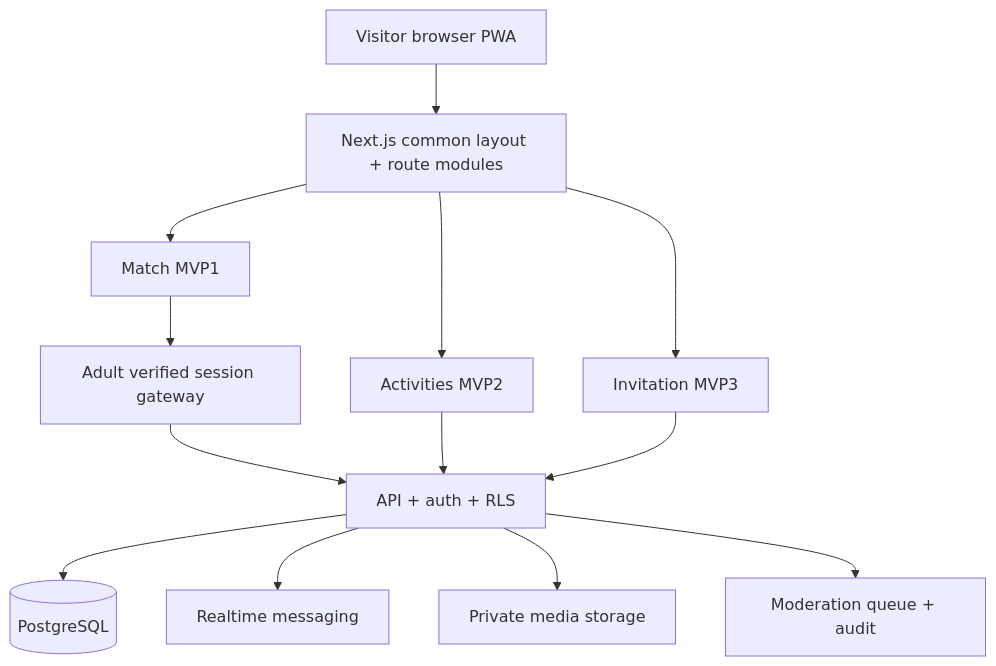
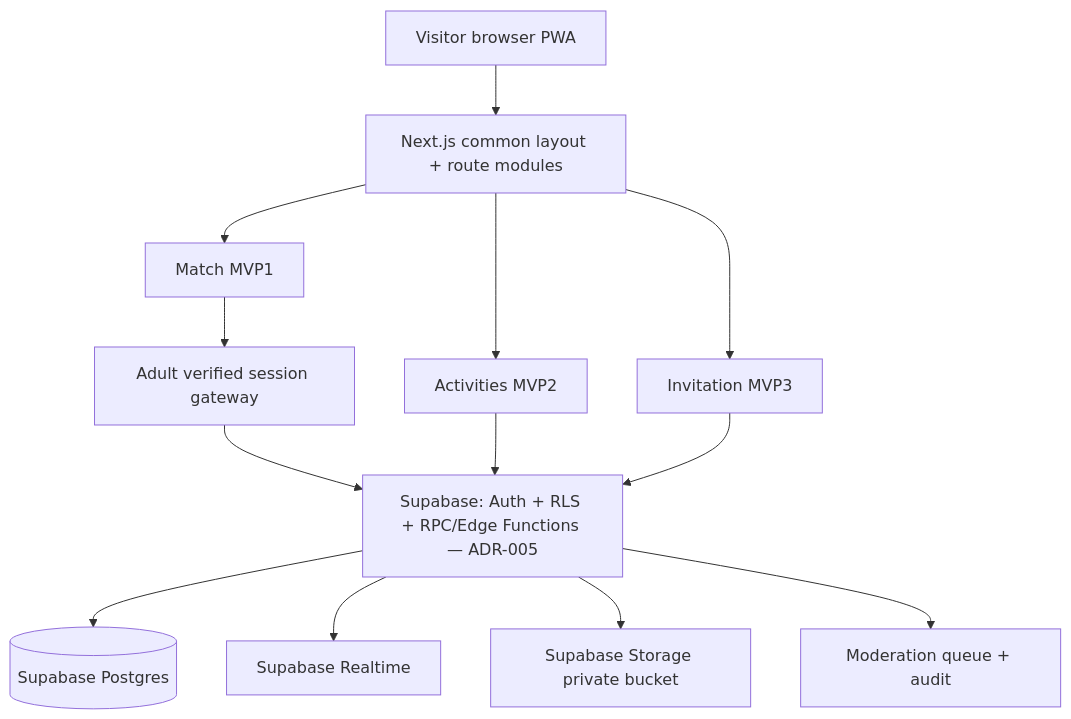
Before and after one commit to sterran123/eottae: the diagram in 2. 프로젝트 설계서/아키텍처_결정기록_ADR.md, drawn with Mermaid. The commit also changed other lines of this file and 8 other files, not shown here.

First line of the commit message:
docs(CORE-001): ADR-005 백엔드 = Supabase + GitHub Pages 확정 (#23)

````diff
--- a/2. 프로젝트 설계서/아키텍처_결정기록_ADR.md
+++ b/2. 프로젝트 설계서/아키텍처_결정기록_ADR.md
@@ -25,15 +41,15 @@
 ```mermaid
 flowchart TD
  V[Visitor browser PWA] --> S[Next.js common layout + route modules]
  S --> M[Match MVP1]
  S --> A[Activities MVP2]
  S --> I[Invitation MVP3]
  M --> G[Adult verified session gateway]
- G --> API[API + auth + RLS]
+ G --> API[Supabase: Auth + RLS + RPC/Edge Functions — ADR-005]
  A --> API
  I --> API
- API --> DB[(PostgreSQL)]
- API --> RT[Realtime messaging]
- API --> FILE[Private media storage]
+ API --> DB[(Supabase Postgres)]
+ API --> RT[Supabase Realtime]
+ API --> FILE[Supabase Storage private bucket]
  API --> MOD[Moderation queue + audit]
 ```
````
